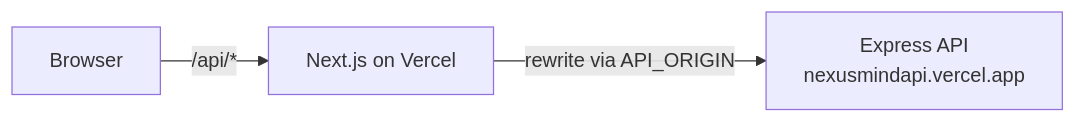
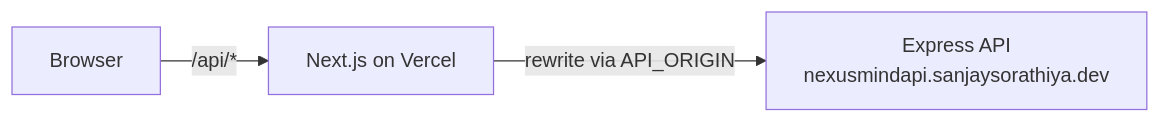
Before and after one commit to SanjaySorathiya/NexusMind: the diagram in client/README.md, drawn with Mermaid. The commit also changed other lines of this file and 3 other files, not shown here.

````diff
--- a/client/README.md
+++ b/client/README.md
@@ -90,5 +90,5 @@
 ```mermaid
 flowchart LR
     B[Browser] -->|"/api/*"| N[Next.js on Vercel]
-    N -->|"rewrite via API_ORIGIN"| S[Express API<br/>nexusmindapi.vercel.app]
+    N -->|"rewrite via API_ORIGIN"| S[Express API<br/>nexusmindapi.sanjaysorathiya.dev]
 ```
````
